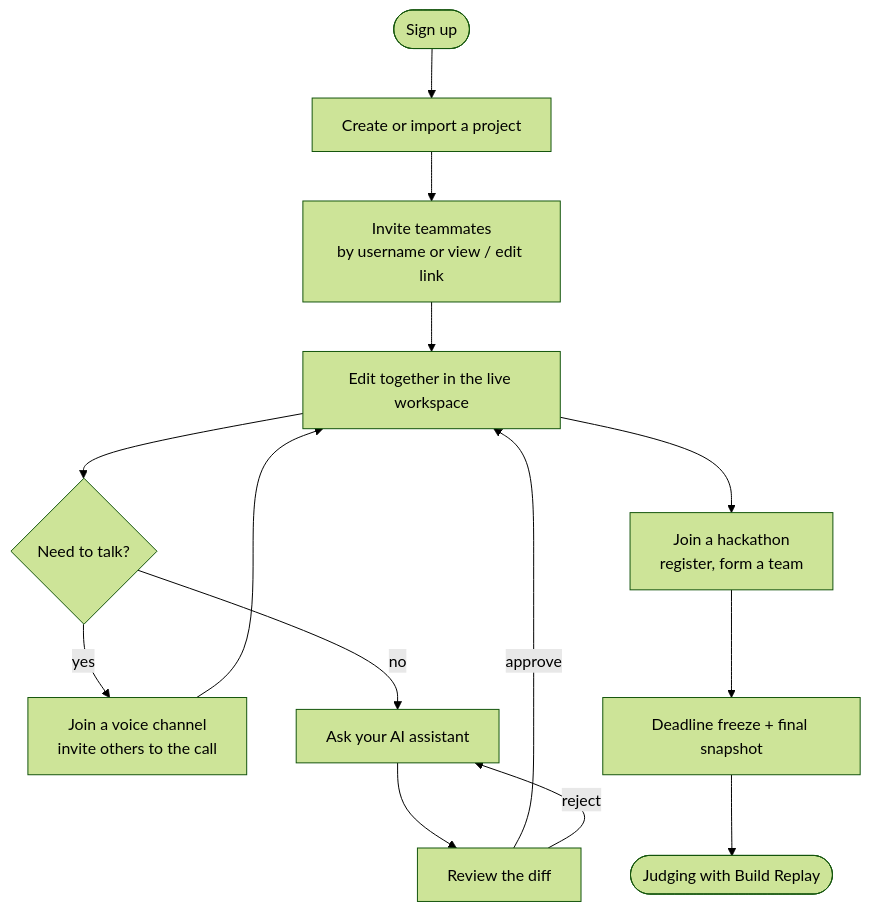
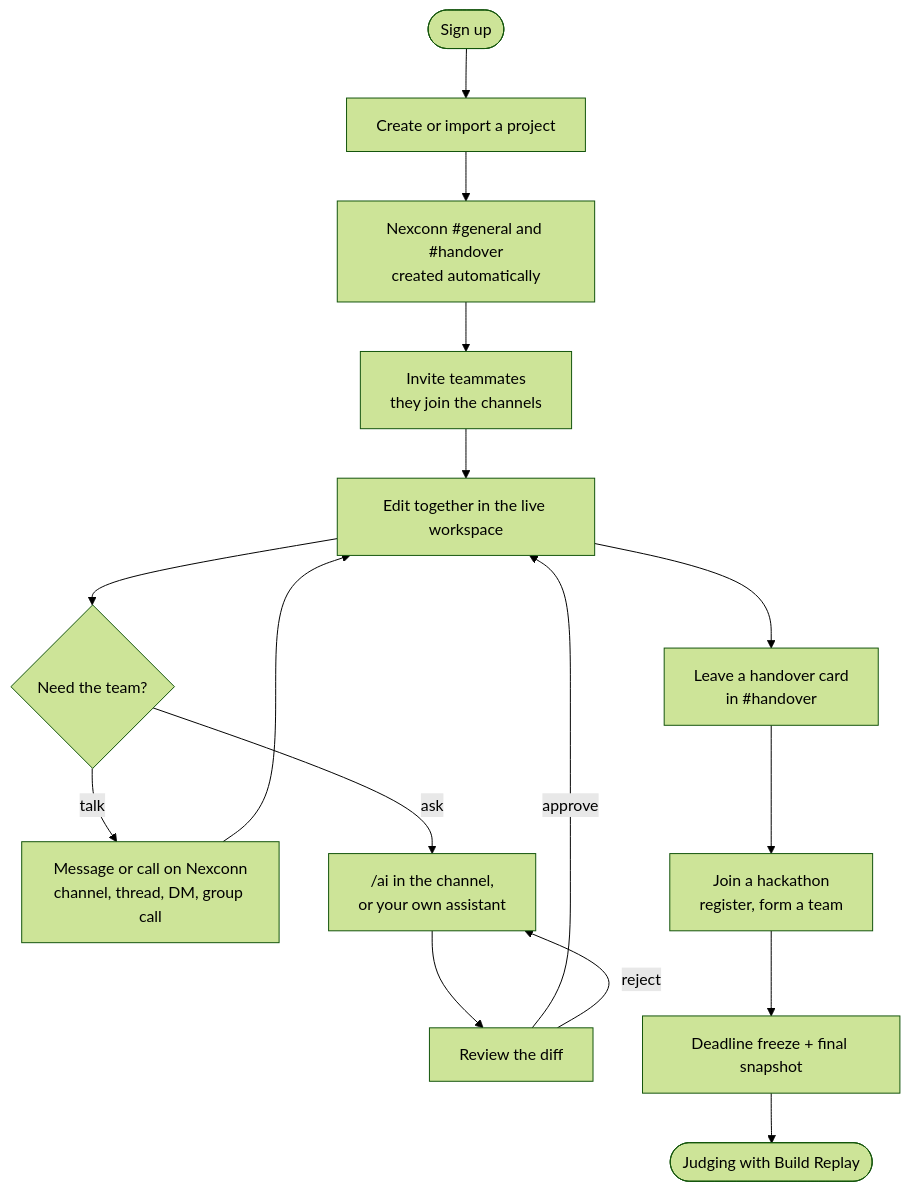
Before and after one commit to Piyush5525/Hackconnect: the fourth of 7 diagrams in README.md, drawn with Mermaid (forest theme). The commit also changed other lines of this file and 20 other files, not shown here.

````diff
--- a/README.md
+++ b/README.md
@@ -120,16 +213,18 @@
 ```mermaid
 flowchart TD
   A([Sign up]) --> B[Create or import a project]
-  B --> C[Invite teammates<br/>by username or view / edit link]
+  B --> N[Nexconn #general and #handover<br/>created automatically]
+  N --> C[Invite teammates<br/>they join the channels]
   C --> D[Edit together in the live workspace]
-  D --> E{Need to talk?}
-  E -->|yes| F[Join a voice channel<br/>invite others to the call]
-  E -->|no| G[Ask your AI assistant]
+  D --> E{Need the team?}
+  E -->|talk| F[Message or call on Nexconn<br/>channel, thread, DM, group call]
+  E -->|ask| G["/ai in the channel,<br/>or your own assistant"]
   F --> D
   G --> H[Review the diff]
   H -->|approve| D
   H -->|reject| G
-  D --> I[Join a hackathon<br/>register, form a team]
+  D --> K[Leave a handover card<br/>in #handover]
+  K --> I[Join a hackathon<br/>register, form a team]
   I --> J[Deadline freeze + final snapshot]
-  J --> K([Judging with Build Replay])
+  J --> Z([Judging with Build Replay])
 ```
````
